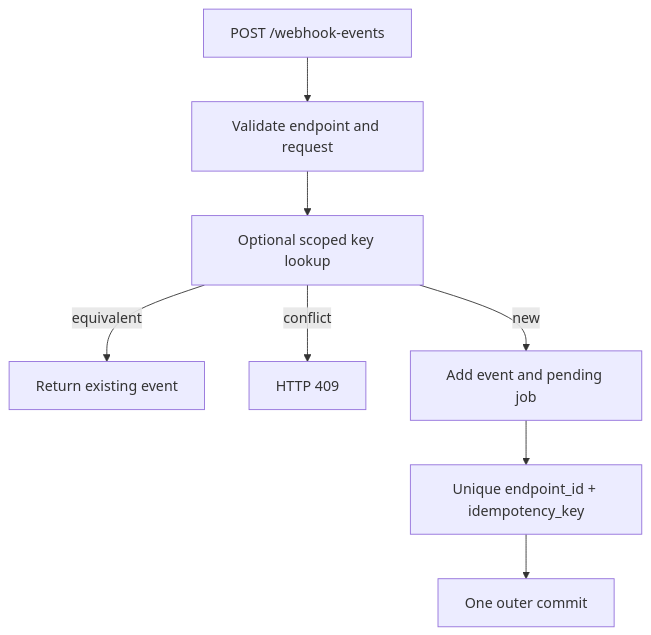
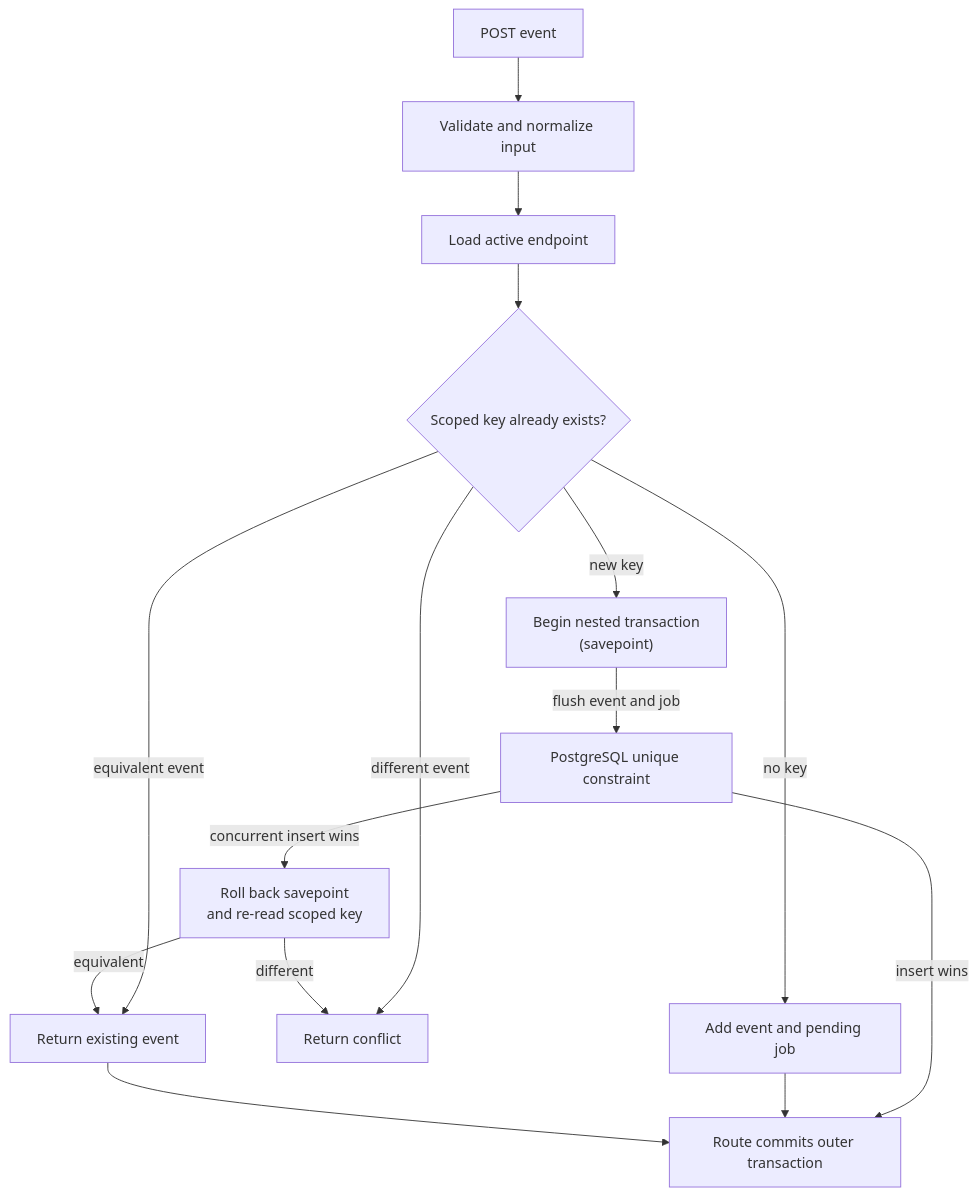
One commit to lukaszj321/reliable-webhook-service changed the fourth of 11 diagrams in docs/architecture.md. Above: the diagram before and after it, drawn with Mermaid. The commit also changed other lines of this file, not shown here.

Commit message:
docs: expand architecture diagrams

````diff
--- a/docs/architecture.md
+++ b/docs/architecture.md
@@ -49,10 +168,19 @@
 ```mermaid
 flowchart TD
-    Request["POST /webhook-events"] --> Validate["Validate endpoint and request"]
-    Validate --> Lookup["Optional scoped key lookup"]
-    Lookup -->|"equivalent"| Reuse["Return existing event"]
-    Lookup -->|"conflict"| Conflict["HTTP 409"]
-    Lookup -->|"new"| Persist["Add event and pending job"]
-    Persist --> Constraint["Unique endpoint_id + idempotency_key"]
-    Constraint --> Commit["One outer commit"]
+    Request["POST event"] --> Validate["Validate and normalize input"]
+    Validate --> Endpoint["Load active endpoint"]
+    Endpoint --> Existing{"Scoped key already exists?"}
+
+    Existing -->|"equivalent event"| Reuse["Return existing event"]
+    Existing -->|"different event"| Conflict["Return conflict"]
+    Existing -->|"no key"| Unkeyed["Add event and pending job"]
+    Existing -->|"new key"| Savepoint["Begin nested transaction<br/>(savepoint)"]
+
+    Savepoint -->|"flush event and job"| Unique["PostgreSQL unique constraint"]
+    Unique -->|"insert wins"| Commit["Route commits outer transaction"]
+    Unique -->|"concurrent insert wins"| Resolve["Roll back savepoint<br/>and re-read scoped key"]
+    Resolve -->|"equivalent"| Reuse
+    Resolve -->|"different"| Conflict
+    Unkeyed --> Commit
+    Reuse --> Commit
 ```
````
